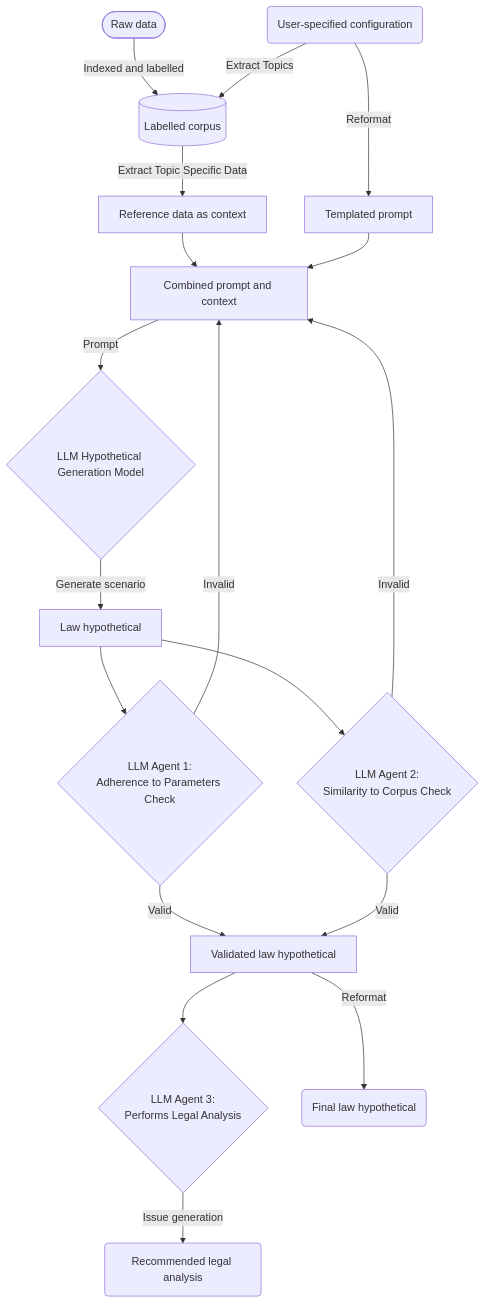
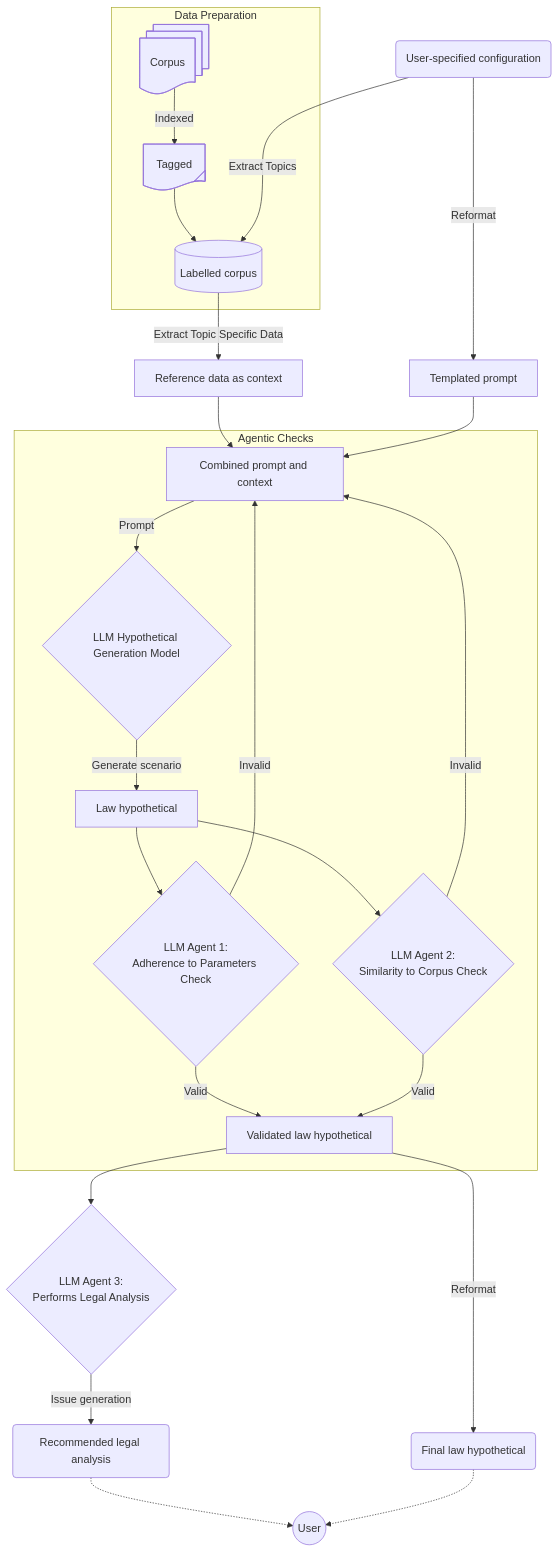
One commit to gongahkia/jikai changed the diagram in README.md. Above: the diagram before and after it, drawn with Mermaid.

Commit message:
added user

````diff
--- a/README.md
+++ b/README.md
@@ -9,20 +9,29 @@
 ```mermaid
 graph TD
-    Z([Raw data]) -->|Indexed and labelled| A
+    subgraph "Data Preparation"
+        Corpus@{ shape: docs } -->|Indexed| Tagged@{ shape: tag-doc }
+        Tagged --> A
+    end
     A[(Labelled corpus)] -->|Extract Topic Specific Data|B
-    Y(User-specified configuration) -->|Extract Topics|A
+    Y(User-specified configuration) --->|Extract Topics|A
     B[Reference data as context] --> M
     Y -->|Reformat| U
     U[Templated prompt] --> M[Combined prompt and context]
-    M -->|Prompt| C{LLM Hypothetical Generation Model}
-    C -->|Generate scenario| X[Law hypothetical]
-    X --> D{LLM Agent 1:<br>Adherence to Parameters Check}
-    X --> E{LLM Agent 2:<br>Similarity to Corpus Check}
-    D -->|Valid| W[Validated law hypothetical]
-    E -->|Valid| W
+    subgraph "Agentic Checks"
+        M -->|Prompt| C{LLM Hypothetical Generation Model}
+        C -->|Generate scenario| X[Law hypothetical]
+        X --> D{LLM Agent 1:<br>Adherence to Parameters Check}
+        X --> E{LLM Agent 2:<br>Similarity to Corpus Check}
+        D -->|Valid| W[Validated law hypothetical]
+        E -->|Valid| W
+    end
+    
     W --> F{LLM Agent 3:<br>Performs Legal Analysis}
-    W -->|Reformat| V(Final law hypothetical)
+    W --->|Reformat| V(Final law hypothetical)
     D -->|Invalid| M
     E -->|Invalid| M
     F -->|Issue generation| G(Recommended legal analysis)
+    G -.-> K((User))
+    V -.-> K((User))
+    
 ```
````
